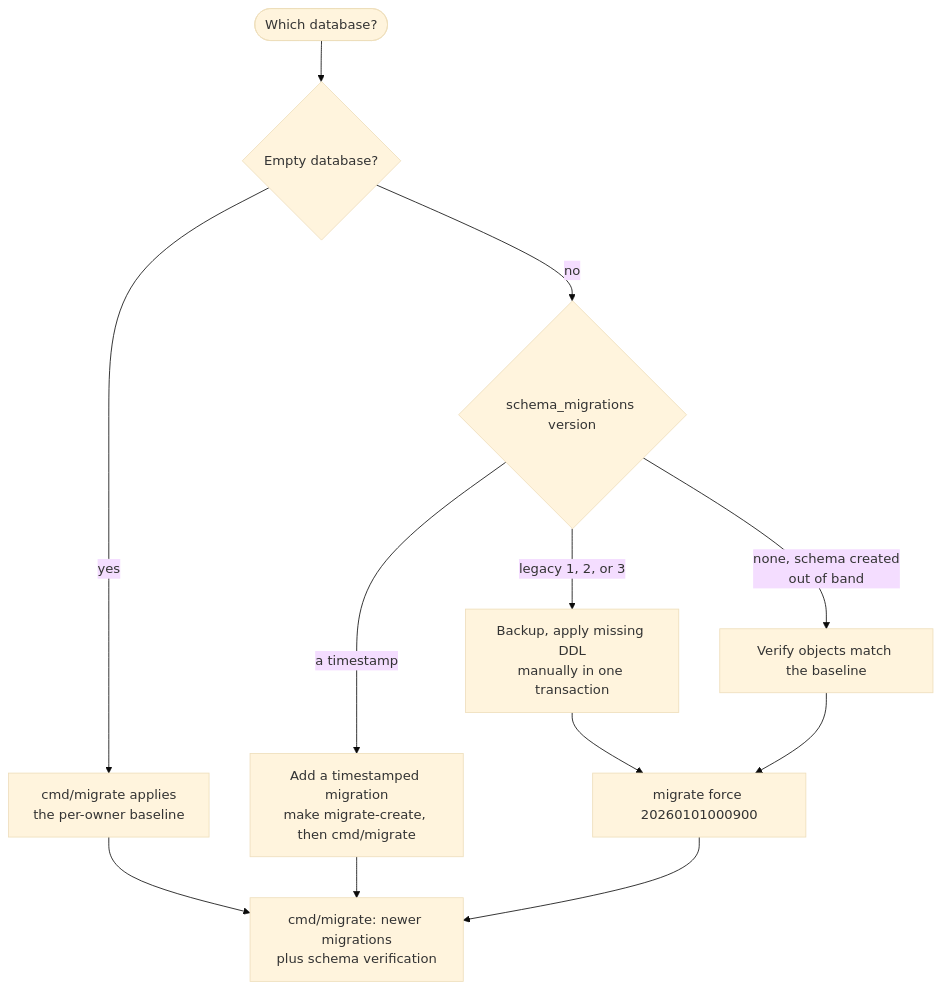
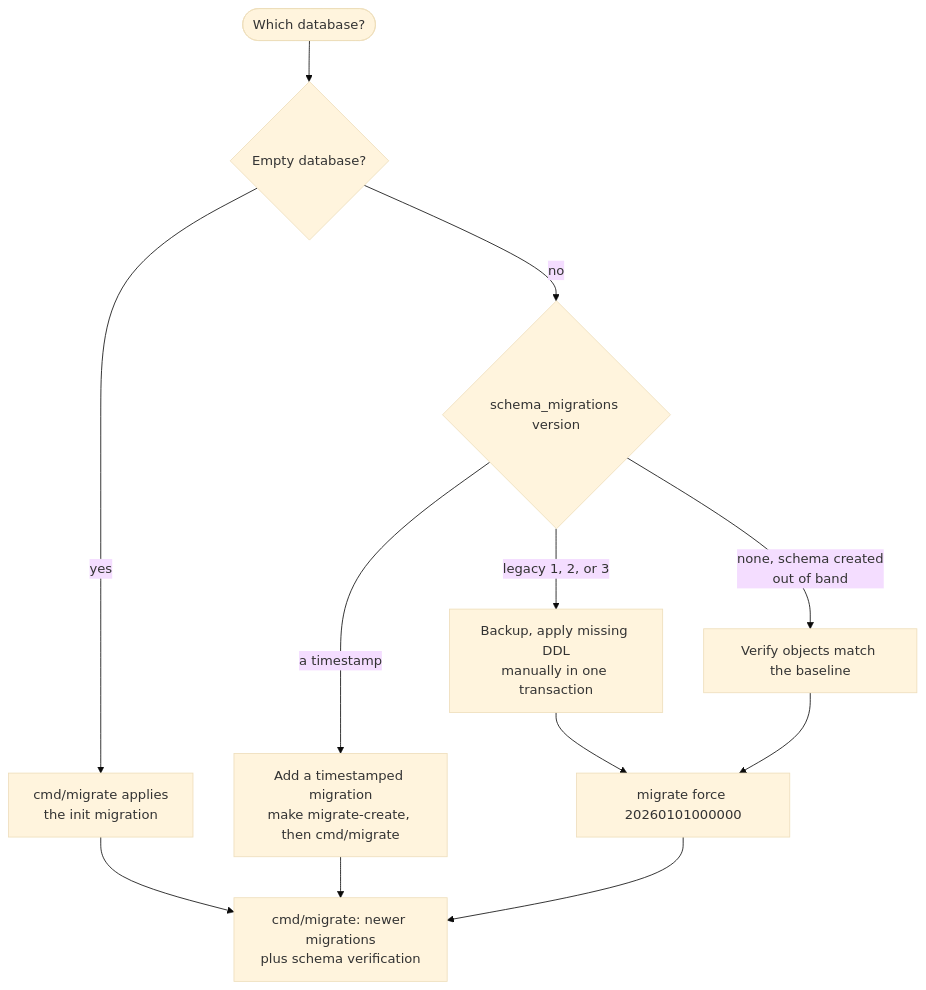
One commit to chuanghiduoc/fiber-golang-boilerplate changed the seventh of 9 diagrams in docs/operations.md. Above: the diagram before and after it, drawn with Mermaid (base theme). The commit also changed other lines of this file and 48 other files, not shown here.

First line of the commit message:
refactor(migrations): single init schema with owner sections (ADR 0012)

````diff
--- a/docs/operations.md
+++ b/docs/operations.md
@@ -1005,14 +1003,14 @@
 ```mermaid
 flowchart TD
     start([Which database?]) --> fresh{Empty database?}
-    fresh -- yes --> base[cmd/migrate applies<br/>the per-owner baseline]
+    fresh -- yes --> base[cmd/migrate applies<br/>the init migration]
     fresh -- no --> hist{schema_migrations version}
     hist -- "a timestamp" --> newer[Add a timestamped migration<br/>make migrate-create, then cmd/migrate]
     hist -- "legacy 1, 2, or 3" --> manual[Backup, apply missing DDL<br/>manually in one transaction]
     hist -- "none, schema created<br/>out of band" --> verify[Verify objects match the baseline]
-    manual --> force[migrate force 20260101000900]
+    manual --> force[migrate force 20260101000000]
     verify --> force
     force --> run[cmd/migrate: newer migrations<br/>plus schema verification]
     base --> run
     newer --> run
 ```
````
